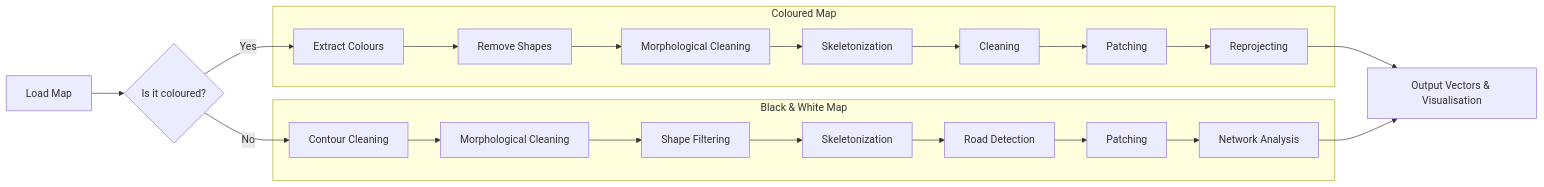
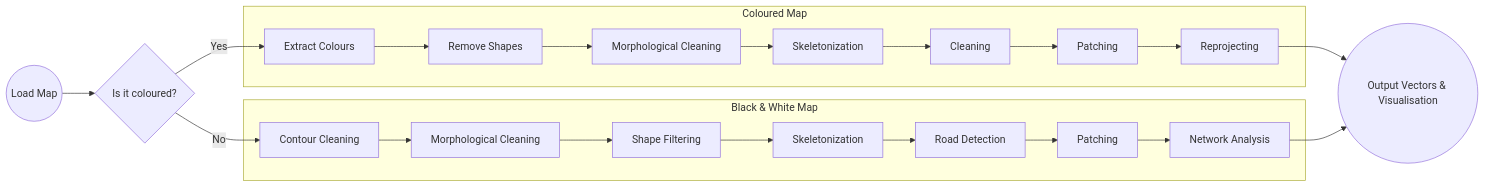
The diagram in README.md (docuracy/desCartes), drawn with Mermaid before and after one commit.

````diff
--- a/README.md
+++ b/README.md
@@ -72,24 +72,24 @@
 ```mermaid
   flowchart LR
-    A[Load Map]-->B{Is it coloured?}
+    A((Load Map))-->B{Is it coloured?}
     B-->|Yes|B1[Extract Colours]
     B-->|No|C2[Contour Cleaning]
     subgraph coloured [Coloured Map]
     B1-->C1[Remove Shapes]
     C1-->D1[Morphological Cleaning]
     D1-->E1[Skeletonization]
     E1-->F1[Cleaning]
     F1-->G1[Patching]
     G1-->H1[Reprojecting]
     end
     subgraph bw [Black & White Map]
     C2-->D2[Morphological Cleaning]
     D2-->E2[Shape Filtering]
     E2-->F2[Skeletonization]
     F2-->G2[Road Detection]
     G2-->H2[Patching]
     H2-->I2[Network Analysis]
     end
-    H1-->C[Output Vectors & Visualisation]
+    H1-->C((Output Vectors & Visualisation))
     I2-->C
 ```
````
